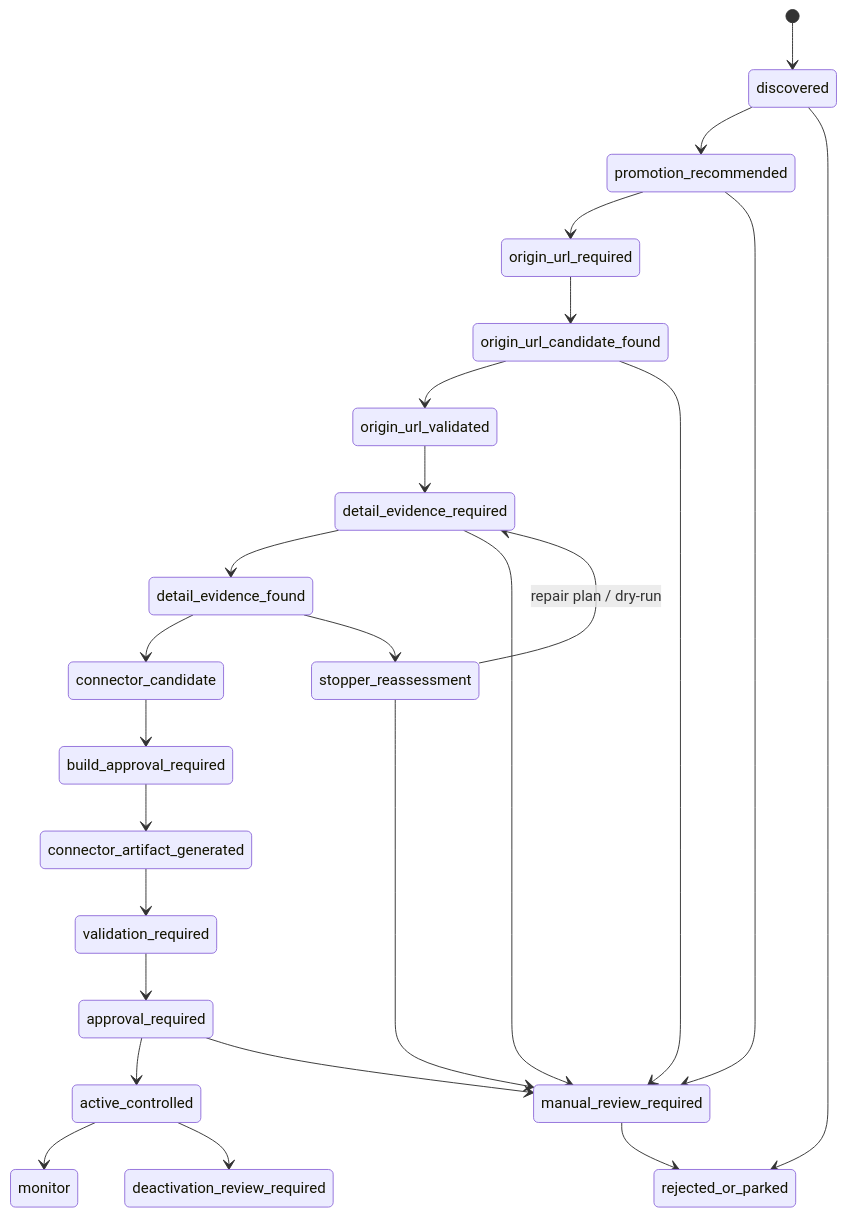
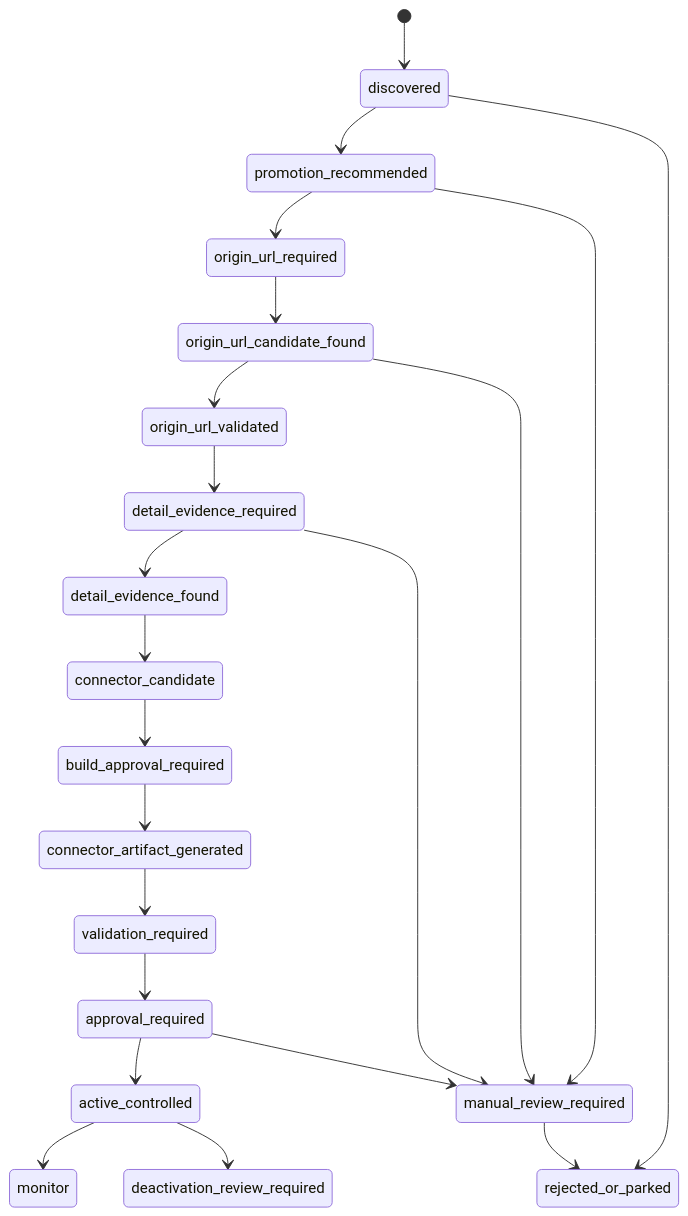
One commit to jenshaberle-dotcom/job-application-pipeline changed the seventh of 9 diagrams in docs/current/system-diagrams.md. Above: the diagram before and after it, drawn with Mermaid. The commit also changed other lines of this file, not shown here.

Commit message:
DOC-RECOVERY: rebaseline current system diagrams

````diff
--- a/docs/current/system-diagrams.md
+++ b/docs/current/system-diagrams.md
@@ -46,27 +156,24 @@
 ```mermaid
 stateDiagram-v2
     [*] --> discovered
     discovered --> promotion_recommended
     discovered --> rejected_or_parked
     promotion_recommended --> origin_url_required
     promotion_recommended --> manual_review_required
     origin_url_required --> origin_url_candidate_found
     origin_url_candidate_found --> origin_url_validated
     origin_url_candidate_found --> manual_review_required
     origin_url_validated --> detail_evidence_required
     detail_evidence_required --> detail_evidence_found
     detail_evidence_required --> manual_review_required
     detail_evidence_found --> connector_candidate
-    detail_evidence_found --> stopper_reassessment
-    stopper_reassessment --> detail_evidence_required: repair plan / dry-run
-    stopper_reassessment --> manual_review_required
     connector_candidate --> build_approval_required
     build_approval_required --> connector_artifact_generated
     connector_artifact_generated --> validation_required
     validation_required --> approval_required
     approval_required --> active_controlled
     approval_required --> manual_review_required
     active_controlled --> monitor
     active_controlled --> deactivation_review_required
     manual_review_required --> rejected_or_parked
 ```
````
